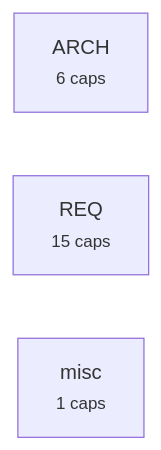
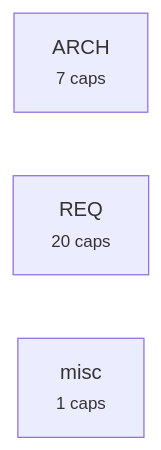
One commit to alxmax/excalidraw-diagram changed the third of 4 diagrams in requirements/_map.md. Above: the diagram before and after it, drawn with Mermaid. The commit also changed other lines of this file and 26 other files, not shown here.

````diff
--- a/requirements/_map.md
+++ b/requirements/_map.md
@@ -100,6 +112,6 @@
 ```mermaid
 graph LR
-  a_ARCH["ARCH<br><small>6 caps</small>"]
-  a_REQ["REQ<br><small>15 caps</small>"]
+  a_ARCH["ARCH<br><small>7 caps</small>"]
+  a_REQ["REQ<br><small>20 caps</small>"]
   a_misc["misc<br><small>1 caps</small>"]
 ```
````
